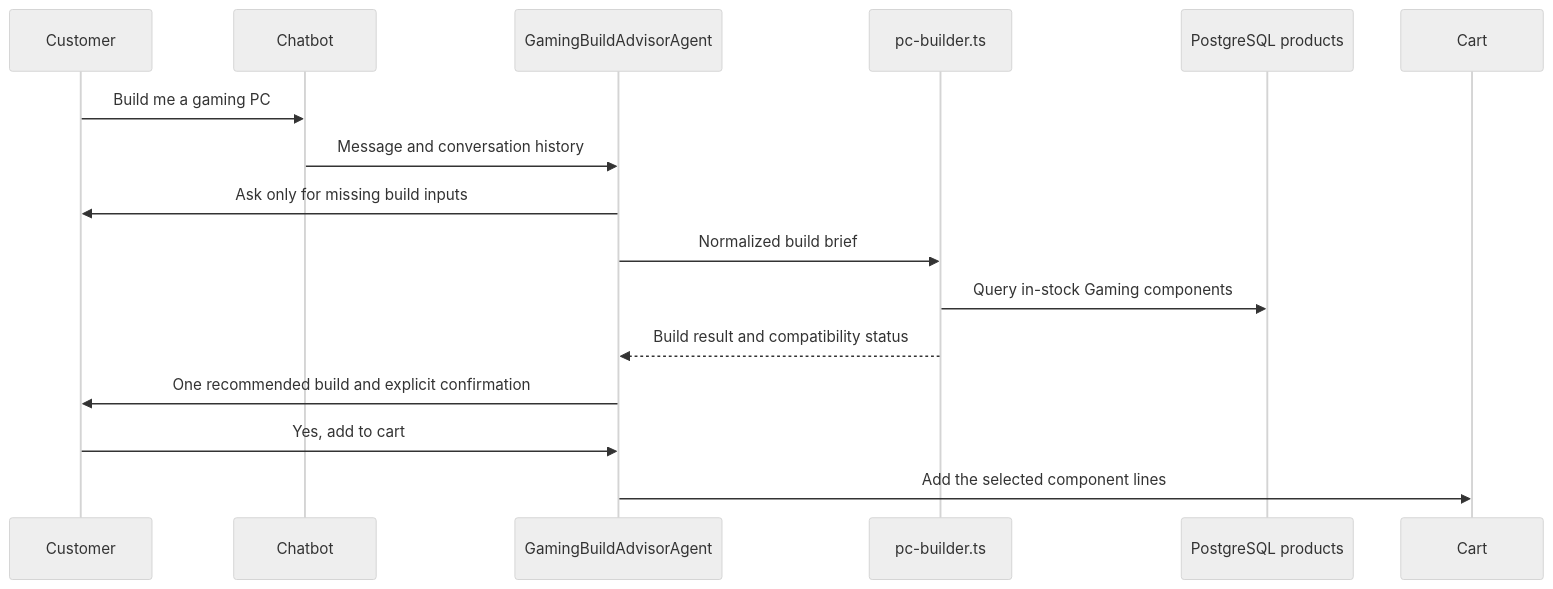
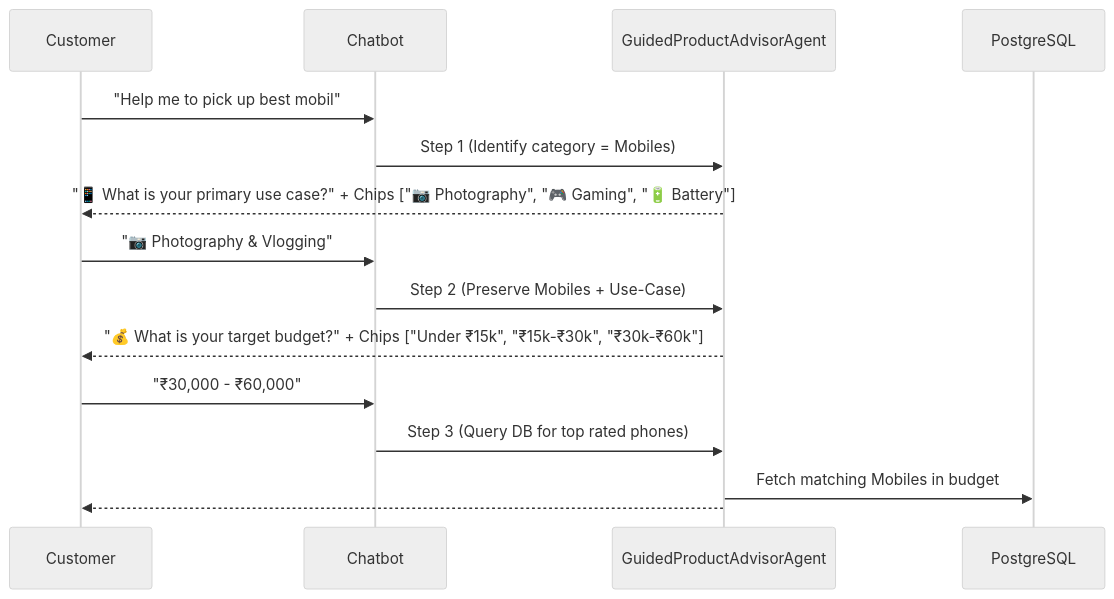
Before and after one commit to inkxe-shradha/ECommerce-Design-Suite: the second of 2 diagrams in docs/ARCHITECTURE.md, drawn with Mermaid (neutral theme). The commit also changed other lines of this file and 14 other files, not shown here.

Commit message:
Chore: Updated the agentic AI flow and architecture

````diff
--- a/docs/ARCHITECTURE.md
+++ b/docs/ARCHITECTURE.md
@@ -200,19 +170,18 @@
 ```mermaid
 sequenceDiagram
     participant Customer
     participant Chatbot
-    participant BuildAgent as GamingBuildAdvisorAgent
-    participant Builder as pc-builder.ts
-    participant Catalog as PostgreSQL products
-    participant Cart
+    participant Advisor as GuidedProductAdvisorAgent
+    participant DB as PostgreSQL
 
-    Customer->>Chatbot: Build me a gaming PC
-    Chatbot->>BuildAgent: Message and conversation history
-    BuildAgent->>Customer: Ask only for missing build inputs
-    BuildAgent->>Builder: Normalized build brief
-    Builder->>Catalog: Query in-stock Gaming components
-    Builder-->>BuildAgent: Build result and compatibility status
-    BuildAgent->>Customer: One recommended build and explicit confirmation
-    Customer->>BuildAgent: Yes, add to cart
-    BuildAgent->>Cart: Add the selected component lines
+    Customer->>Chatbot: "Help me to pick up best mobil"
+    Chatbot->>Advisor: Step 1 (Identify category = Mobiles)
+    Advisor-->>Customer: "📱 What is your primary use case?" + Chips ["📷 Photography", "🎮 Gaming", "🔋 Battery"]
+    Customer->>Chatbot: "📷 Photography & Vlogging"
+    Chatbot->>Advisor: Step 2 (Preserve Mobiles + Use-Case)
+    Advisor-->>Customer: "💰 What is your target budget?" + Chips ["Under ₹15k", "₹15k-₹30k", "₹30k-₹60k"]
+    Customer->>Chatbot: "₹30,000 - ₹60,000"
+    Chatbot->>Advisor: Step 3 (Query DB for top rated phones)
+    Advisor->>DB: Fetch matching Mobiles in budget
+    Advisor-->>Customer: #1 Best Match (Galaxy S21 Variant) + Rationale + Top Alternatives + Action Chips
 ```
````
